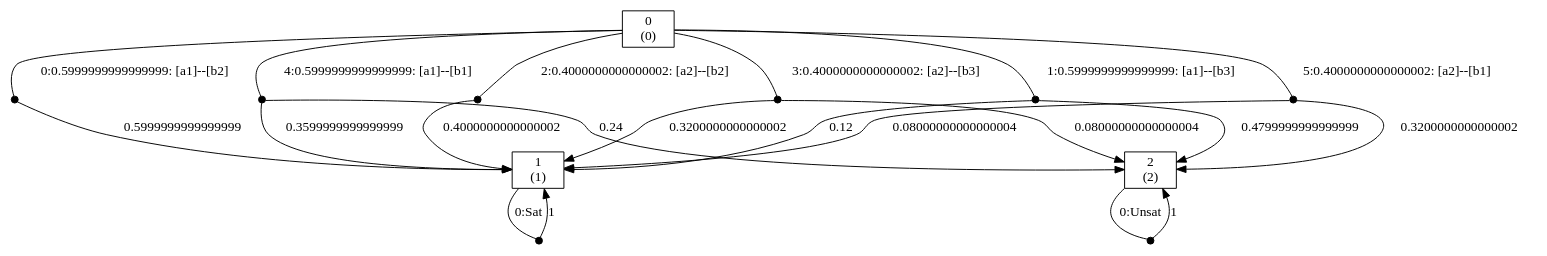
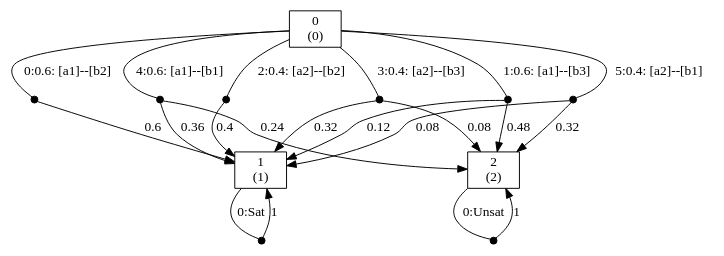
Before and after one commit to prismmodelchecker/prism-games: the diagram in prism-tests/functionality/export/strat/exportstrat-csg-min.prism.max.props.dot, drawn with Graphviz. The commit also changed 7 other files, not shown here.

```diff
--- a/prism-tests/functionality/export/strat/exportstrat-csg-min.prism.max.props.dot
+++ b/prism-tests/functionality/export/strat/exportstrat-csg-min.prism.max.props.dot
@@ -1,59 +1,59 @@
 digraph M {
 node [label="",shape="box"];
 0 [label="0\n(0)"];
-0 -> n0_0  [label="0:0.5999999999999999: [a1]--[b2]",arrowhead="none"];
+0 -> n0_0  [label="0:0.6: [a1]--[b2]",arrowhead="none"];
 n0_0 [ shape=point,width=0.1,height=0.1,label="" ];
-n0_0 -> 1 [label="0.5999999999999999"];
-0 -> n0_1  [label="1:0.5999999999999999: [a1]--[b3]",arrowhead="none"];
+n0_0 -> 1 [label="0.6"];
+0 -> n0_1  [label="1:0.6: [a1]--[b3]",arrowhead="none"];
 n0_1 [ shape=point,width=0.1,height=0.1,label="" ];
 n0_1 -> 1 [label="0.12"];
-n0_1 -> 2 [label="0.4799999999999999"];
-0 -> n0_2  [label="2:0.4000000000000002: [a2]--[b2]",arrowhead="none"];
+n0_1 -> 2 [label="0.48"];
+0 -> n0_2  [label="2:0.4: [a2]--[b2]",arrowhead="none"];
 n0_2 [ shape=point,width=0.1,height=0.1,label="" ];
-n0_2 -> 1 [label="0.4000000000000002"];
-0 -> n0_3  [label="3:0.4000000000000002: [a2]--[b3]",arrowhead="none"];
+n0_2 -> 1 [label="0.4"];
+0 -> n0_3  [label="3:0.4: [a2]--[b3]",arrowhead="none"];
 n0_3 [ shape=point,width=0.1,height=0.1,label="" ];
-n0_3 -> 1 [label="0.3200000000000002"];
-n0_3 -> 2 [label="0.08000000000000004"];
-0 -> n0_4  [label="4:0.5999999999999999: [a1]--[b1]",arrowhead="none"];
+n0_3 -> 1 [label="0.32"];
+n0_3 -> 2 [label="0.08"];
+0 -> n0_4  [label="4:0.6: [a1]--[b1]",arrowhead="none"];
 n0_4 [ shape=point,width=0.1,height=0.1,label="" ];
-n0_4 -> 1 [label="0.3599999999999999"];
+n0_4 -> 1 [label="0.36"];
 n0_4 -> 2 [label="0.24"];
-0 -> n0_5  [label="5:0.4000000000000002: [a2]--[b1]",arrowhead="none"];
+0 -> n0_5  [label="5:0.4: [a2]--[b1]",arrowhead="none"];
 n0_5 [ shape=point,width=0.1,height=0.1,label="" ];
-n0_5 -> 1 [label="0.08000000000000004"];
-n0_5 -> 2 [label="0.3200000000000002"];
+n0_5 -> 1 [label="0.08"];
+n0_5 -> 2 [label="0.32"];
 1 [label="1\n(1)"];
 1 -> n1_0  [label="0:Sat",arrowhead="none"];
 n1_0 [ shape=point,width=0.1,height=0.1,label="" ];
 n1_0 -> 1 [label="1"];
 2 [label="2\n(2)"];
 2 -> n2_0  [label="0:Unsat",arrowhead="none"];
 n2_0 [ shape=point,width=0.1,height=0.1,label="" ];
 n2_0 -> 2 [label="1"];
 }
 
 /*
  -- Transitions --  
 # Transitions (MDP)
 3 8 12
-0 0 1 0.5999999999999999 0.5999999999999999: [a1]--[b2]
-0 1 1 0.12 0.5999999999999999: [a1]--[b3]
-0 1 2 0.4799999999999999 0.5999999999999999: [a1]--[b3]
-0 2 1 0.4000000000000002 0.4000000000000002: [a2]--[b2]
-0 3 1 0.3200000000000002 0.4000000000000002: [a2]--[b3]
-0 3 2 0.08000000000000004 0.4000000000000002: [a2]--[b3]
-0 4 1 0.3599999999999999 0.5999999999999999: [a1]--[b1]
-0 4 2 0.24 0.5999999999999999: [a1]--[b1]
-0 5 1 0.08000000000000004 0.4000000000000002: [a2]--[b1]
-0 5 2 0.3200000000000002 0.4000000000000002: [a2]--[b1]
+0 0 1 0.6 0.6: [a1]--[b2]
+0 1 1 0.12 0.6: [a1]--[b3]
+0 1 2 0.48 0.6: [a1]--[b3]
+0 2 1 0.4 0.4: [a2]--[b2]
+0 3 1 0.32 0.4: [a2]--[b3]
+0 3 2 0.08 0.4: [a2]--[b3]
+0 4 1 0.36 0.6: [a1]--[b1]
+0 4 2 0.24 0.6: [a1]--[b1]
+0 5 1 0.08 0.4: [a2]--[b1]
+0 5 2 0.32 0.4: [a2]--[b1]
 1 0 1 1 Sat
 2 0 2 1 Unsat
 
  -- States --  
 # States
 (s)
 0:(0)
 1:(1)
 2:(2)
 */
```
